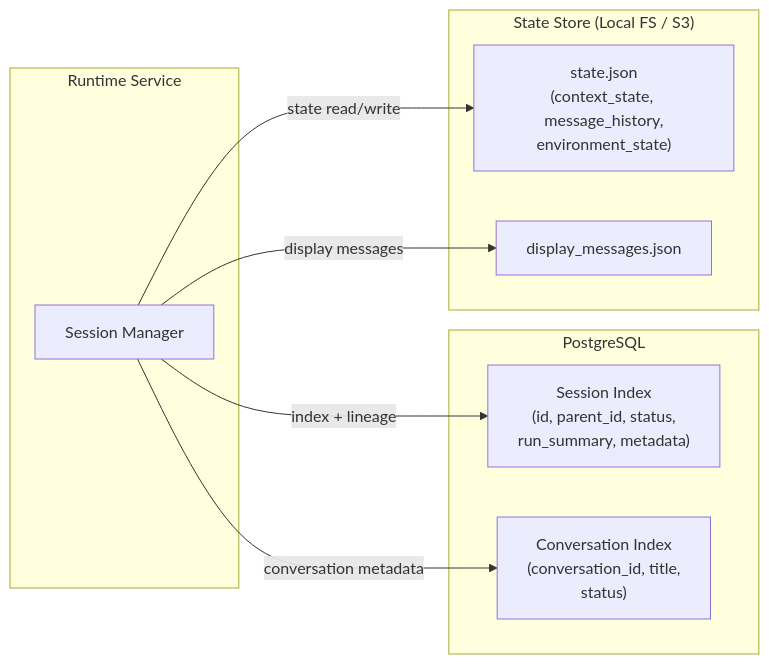
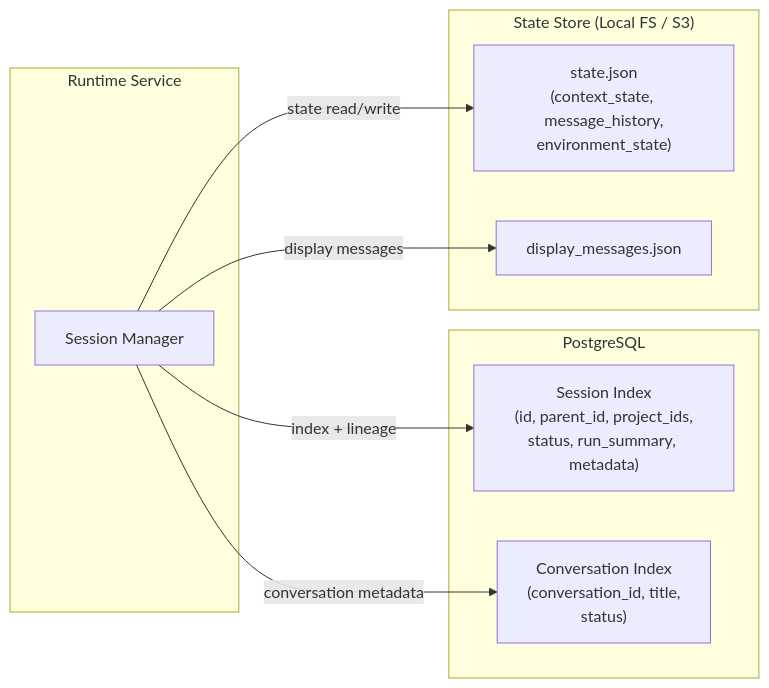
The third of 4 diagrams in spec/agent_runtime/01-session.md (Wh1isper/netherbrain), drawn with Mermaid before and after one commit. The commit also changed other lines of this file and 15 other files, not shown here.

````diff
--- a/spec/agent_runtime/01-session.md
+++ b/spec/agent_runtime/01-session.md
@@ -120,21 +121,21 @@
 ```mermaid
 flowchart LR
     subgraph RT["Runtime Service"]
         SM[Session Manager]
     end
 
     subgraph PG["PostgreSQL"]
-        IDX["Session Index<br/>(id, parent_id, status,<br/>run_summary, metadata)"]
+        IDX["Session Index<br/>(id, parent_id, project_ids,<br/>status, run_summary, metadata)"]
         CONV["Conversation Index<br/>(conversation_id, title,<br/>status)"]
     end
 
     subgraph Store["State Store (Local FS / S3)"]
         STATE["state.json<br/>(context_state, message_history,<br/>environment_state)"]
         DM["display_messages.json"]
     end
 
     SM -->|"index + lineage"| IDX
     SM -->|"conversation metadata"| CONV
     SM -->|"state read/write"| STATE
     SM -->|"display messages"| DM
 ```
````
